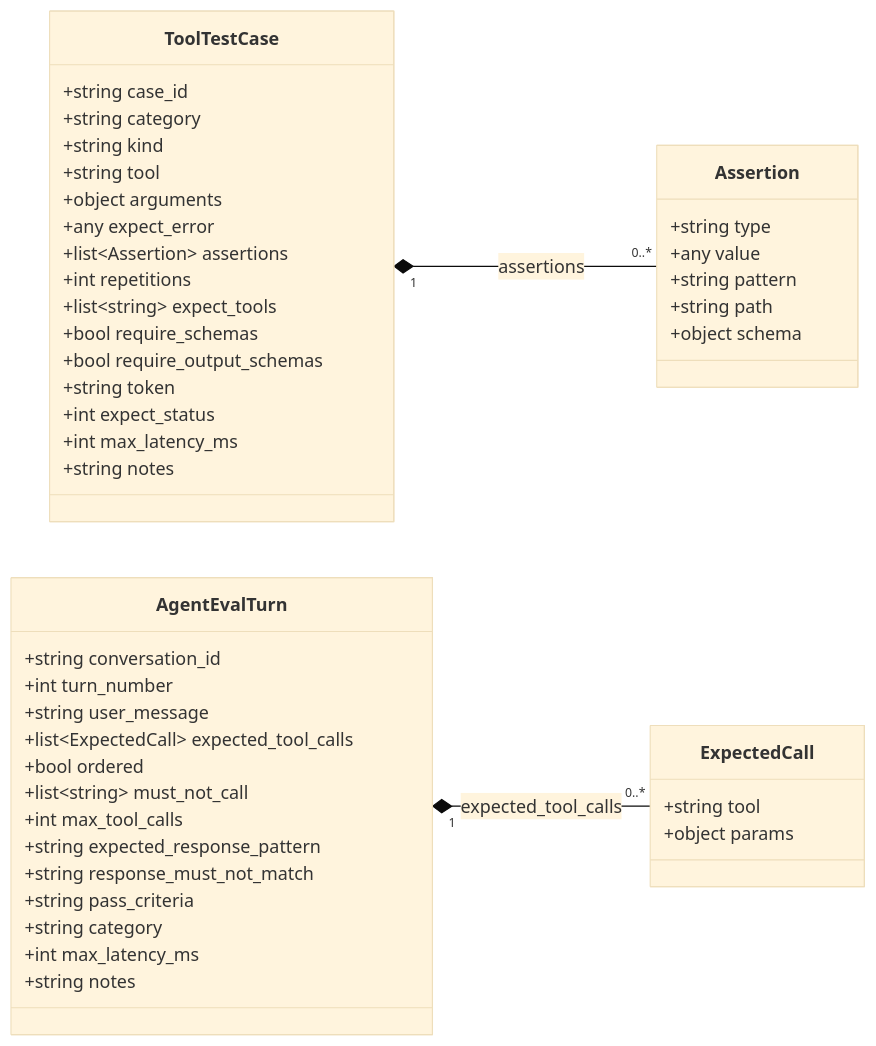
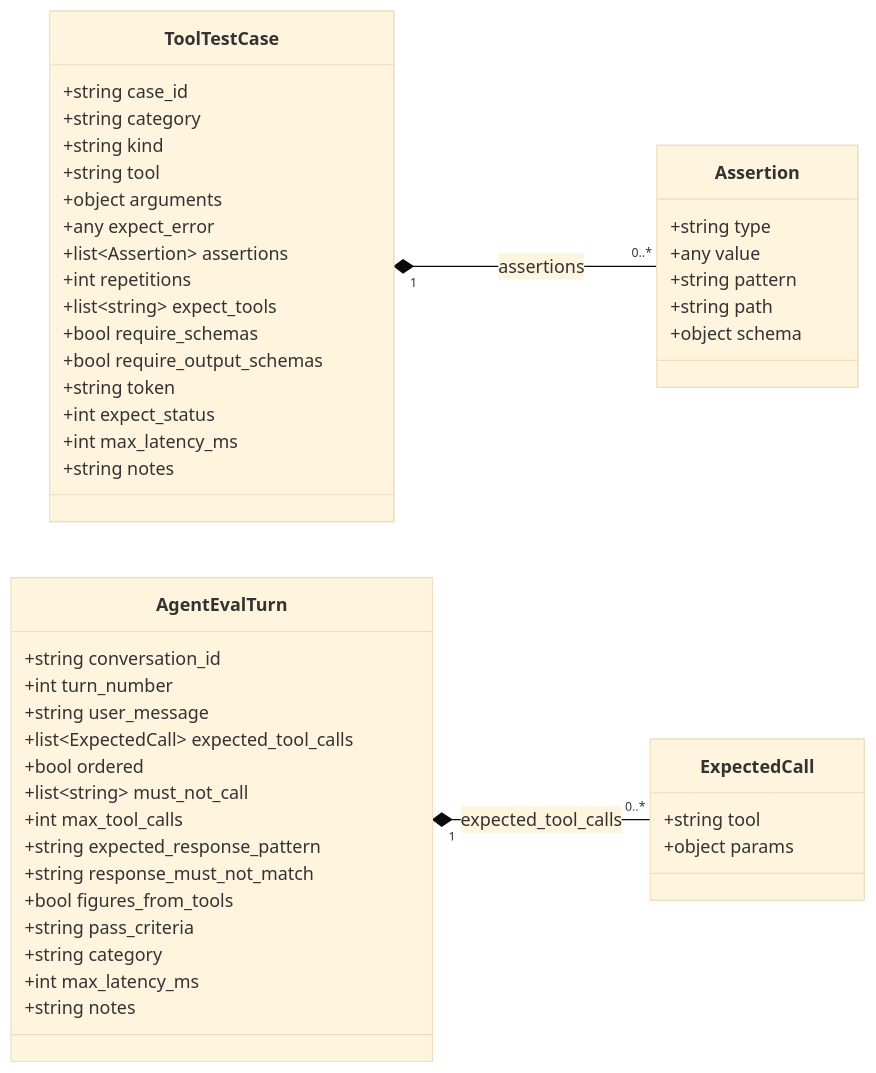
Before and after one commit to bradrlaw/foundryToolboxEval: the third of 18 diagrams in docs/architecture.md, drawn with Mermaid (base theme). The commit also changed other lines of this file and 25 other files, not shown here.

````diff
--- a/docs/architecture.md
+++ b/docs/architecture.md
@@ -173,49 +183,50 @@
 ```mermaid
 classDiagram
     direction LR
     class ToolTestCase {
         +string case_id
         +string category
         +string kind
         +string tool
         +object arguments
         +any expect_error
         +list~Assertion~ assertions
         +int repetitions
         +list~string~ expect_tools
         +bool require_schemas
         +bool require_output_schemas
         +string token
         +int expect_status
         +int max_latency_ms
         +string notes
     }
     class Assertion {
         +string type
         +any value
         +string pattern
         +string path
         +object schema
     }
     class AgentEvalTurn {
         +string conversation_id
         +int turn_number
         +string user_message
         +list~ExpectedCall~ expected_tool_calls
         +bool ordered
         +list~string~ must_not_call
         +int max_tool_calls
         +string expected_response_pattern
         +string response_must_not_match
+        +bool figures_from_tools
         +string pass_criteria
         +string category
         +int max_latency_ms
         +string notes
     }
     class ExpectedCall {
         +string tool
         +object params
     }
     ToolTestCase "1" *-- "0..*" Assertion : assertions
     AgentEvalTurn "1" *-- "0..*" ExpectedCall : expected_tool_calls
 ```
````
